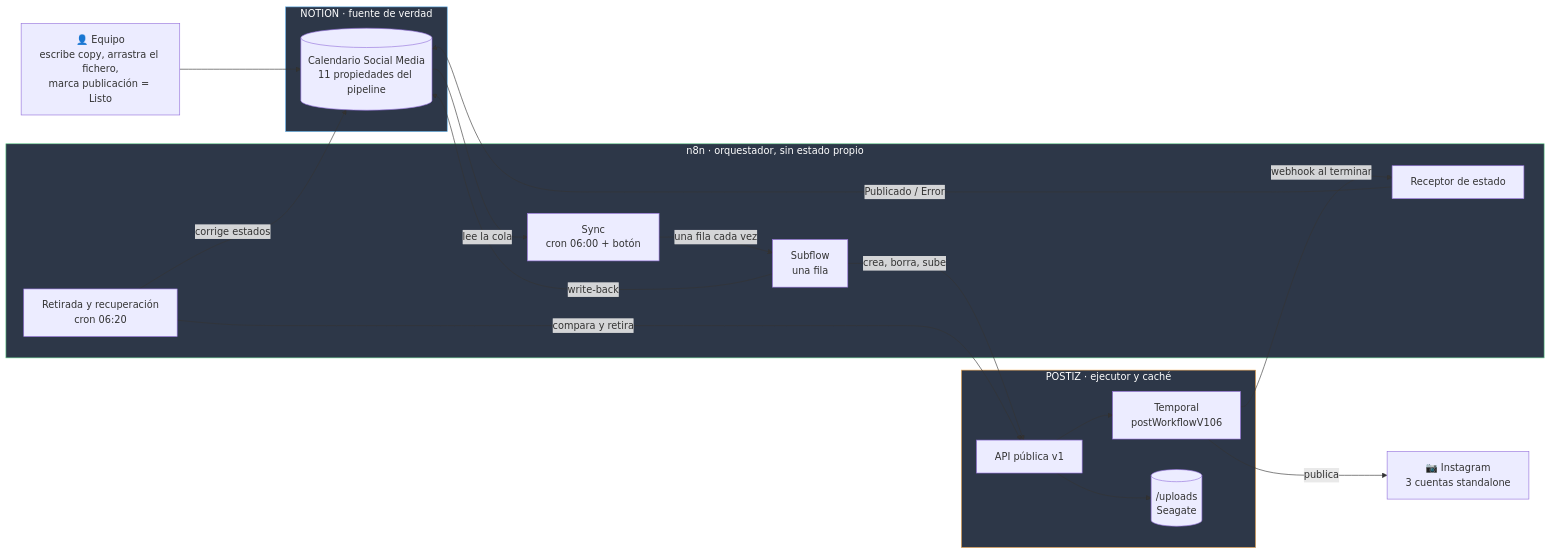
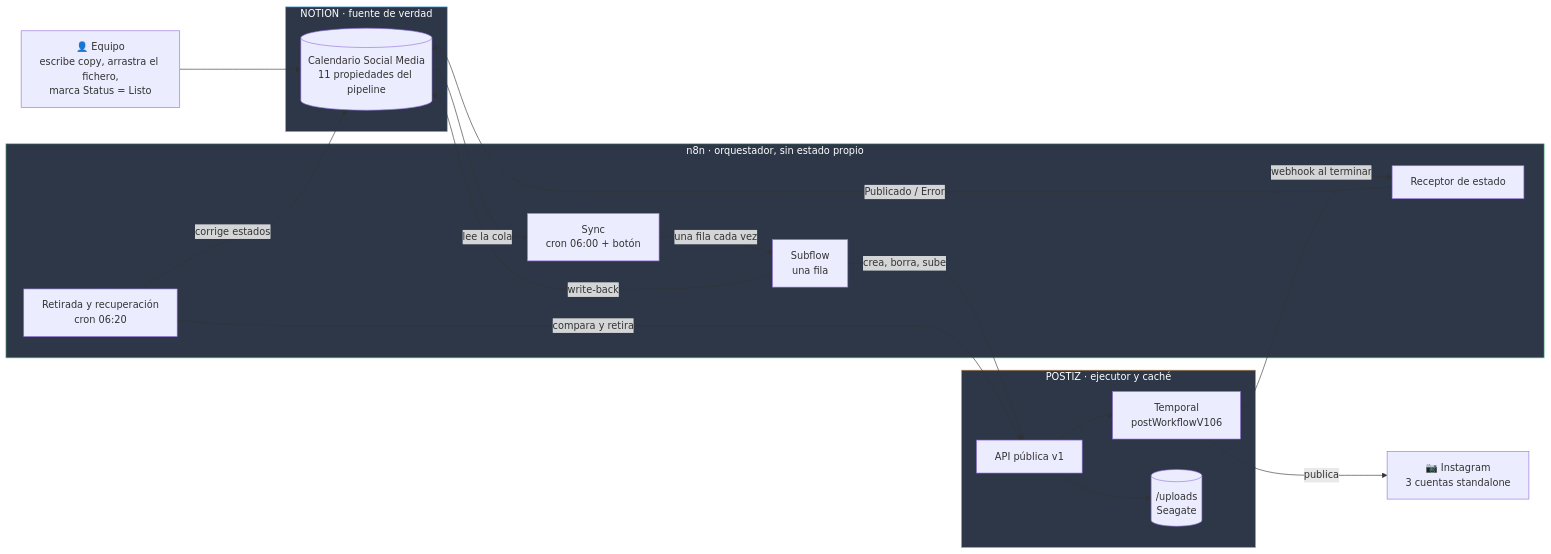
Before and after one commit to dustin-calderon/postiz-app: the first of 11 diagrams in docs/architecture/CONTENT_PIPELINE_DIAGRAMS.md, drawn with Mermaid. The commit also changed other lines of this file and 1 other file, not shown here.

````diff
--- a/docs/architecture/CONTENT_PIPELINE_DIAGRAMS.md
+++ b/docs/architecture/CONTENT_PIPELINE_DIAGRAMS.md
@@ -22,40 +22,40 @@
 ```mermaid
 flowchart LR
-    EQUIPO["👤 Equipo<br/>escribe copy, arrastra el fichero,<br/>marca publicación = Listo"]
+    EQUIPO["👤 Equipo<br/>escribe copy, arrastra el fichero,<br/>marca Status = Listo"]
 
     subgraph NOTION["NOTION · fuente de verdad"]
         CAL[("Calendario Social Media<br/>11 propiedades del pipeline")]
     end
 
     subgraph N8N["n8n · orquestador, sin estado propio"]
         A["Sync<br/>cron 06:00 + botón"]
         B["Subflow<br/>una fila"]
         D["Retirada y recuperación<br/>cron 06:20"]
         C["Receptor de estado"]
     end
 
     subgraph POSTIZ["POSTIZ · ejecutor y caché"]
         API["API pública v1"]
         TEMP["Temporal<br/>postWorkflowV106"]
         DISCO[("/uploads<br/>Seagate")]
     end
 
     IG["📷 Instagram<br/>3 cuentas standalone"]
 
     EQUIPO --> CAL
     CAL -->|"lee la cola"| A
     A -->|"una fila cada vez"| B
     B -->|"crea, borra, sube"| API
     B -->|"write-back"| CAL
     D -->|"compara y retira"| API
     D -->|"corrige estados"| CAL
     API --> DISCO
     API --> TEMP
     TEMP -->|"publica"| IG
     TEMP -->|"webhook al terminar"| C
     C -->|"Publicado / Error"| CAL
 
     style NOTION fill:#2d3748,stroke:#63b3ed,color:#fff
     style POSTIZ fill:#2d3748,stroke:#f6ad55,color:#fff
     style N8N fill:#2d3748,stroke:#68d391,color:#fff
 ```
````
